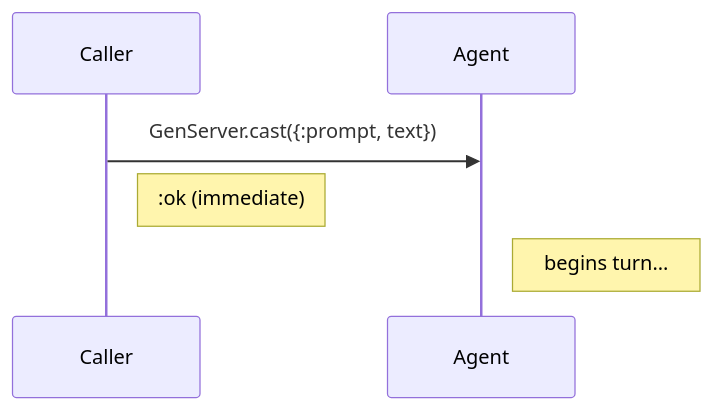
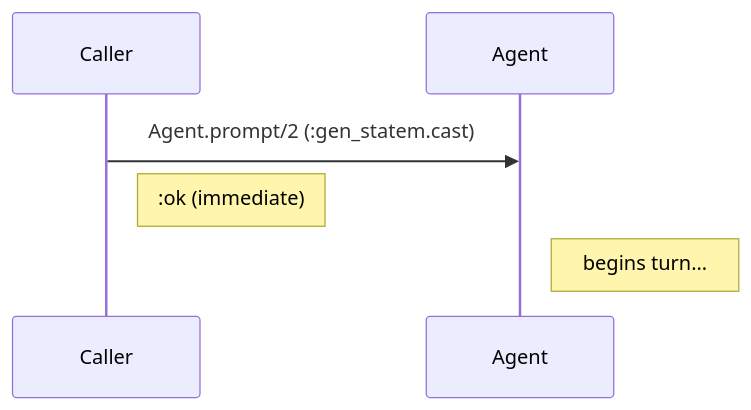
One commit to matteing/opal changed the fifth of 10 diagrams in docs/supervision.md. Above: the diagram before and after it, drawn with Mermaid. The commit also changed other lines of this file and 18 other files, not shown here.

Commit message:
feat: rewrite agent loop using gen_fsm

````diff
--- a/docs/supervision.md
+++ b/docs/supervision.md
@@ -183,9 +183,9 @@
 ```mermaid
 sequenceDiagram
     participant Caller
     participant Agent
 
-    Caller->>Agent: GenServer.cast({:prompt, text})
+    Caller->>Agent: Agent.prompt/2 (:gen_statem.cast)
     Note right of Caller: :ok (immediate)
     Note right of Agent: begins turn...
 ```
````
